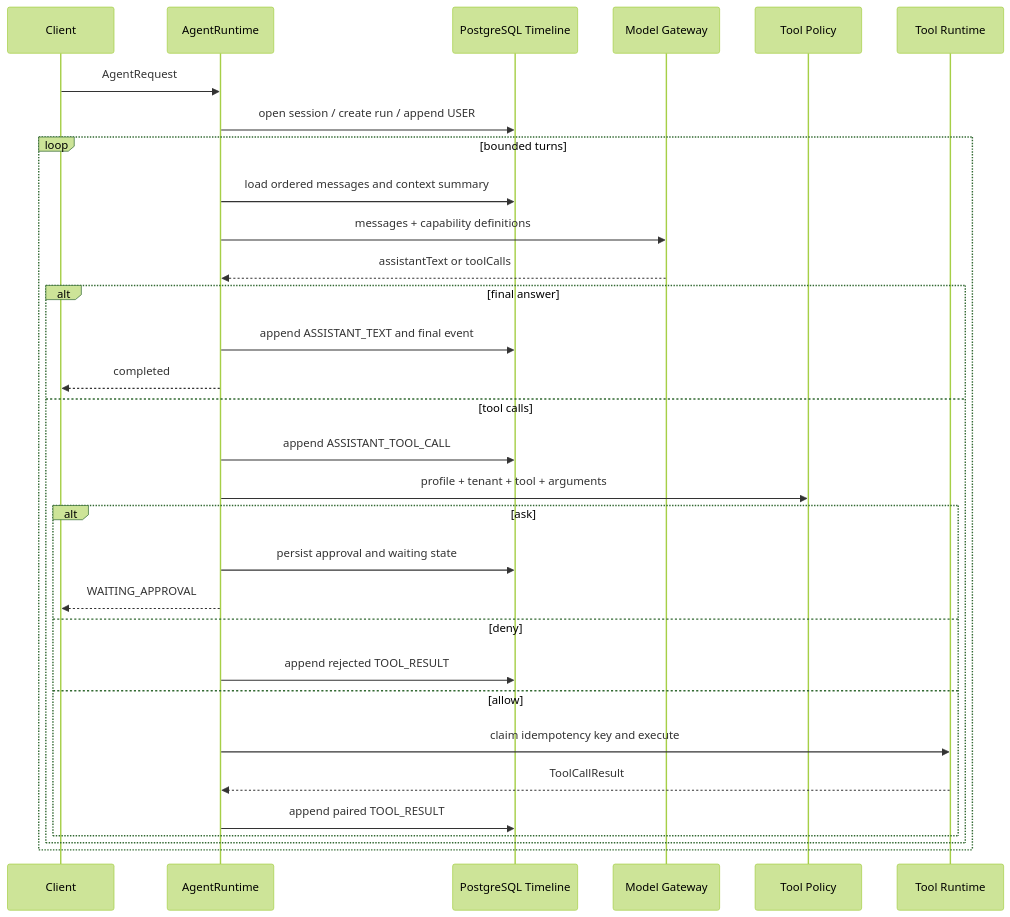
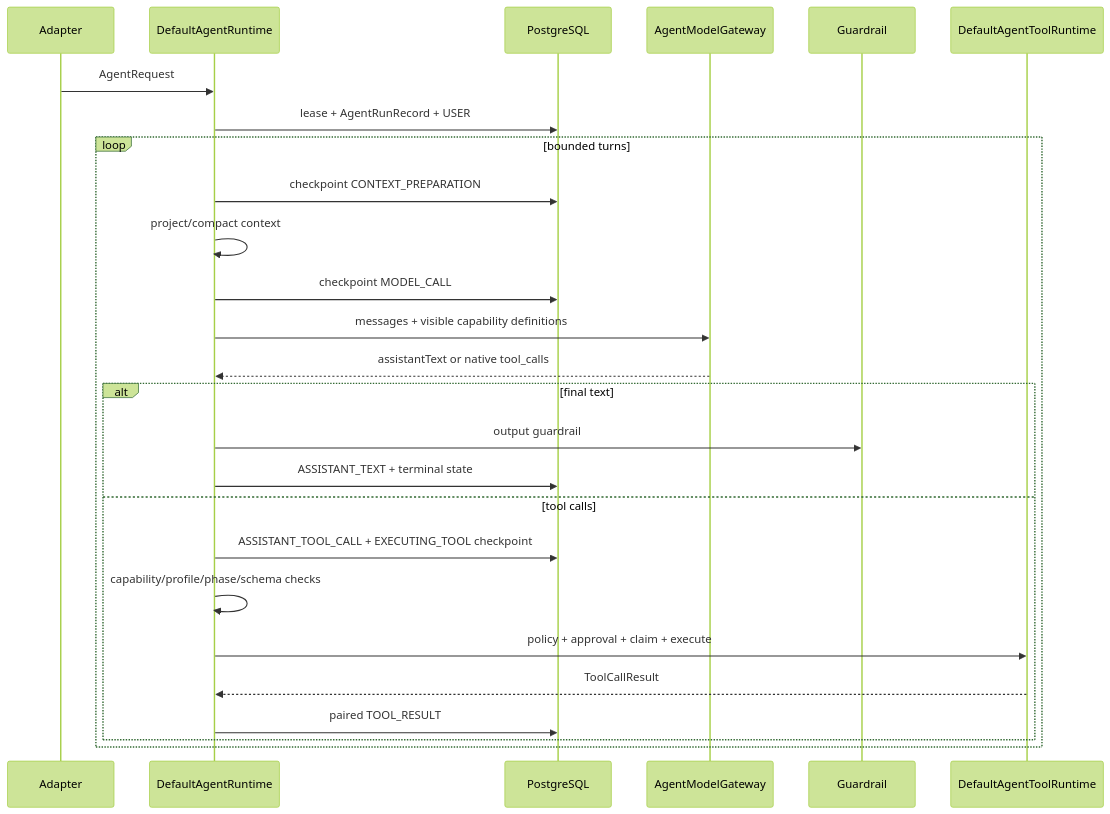
The third of 4 diagrams in docs/architecture.md (KunShengWang/enterprise-agent), drawn with Mermaid (forest theme) before and after one commit. The commit also changed other lines of this file and 17 other files, not shown here.

````diff
--- a/docs/architecture.md
+++ b/docs/architecture.md
@@ -35,34 +100,29 @@
 ```mermaid
 sequenceDiagram
-    participant C as Client
-    participant R as AgentRuntime
-    participant DB as PostgreSQL Timeline
-    participant M as Model Gateway
-    participant P as Tool Policy
-    participant T as Tool Runtime
+    participant C as Adapter
+    participant R as DefaultAgentRuntime
+    participant DB as PostgreSQL
+    participant M as AgentModelGateway
+    participant G as Guardrail
+    participant T as DefaultAgentToolRuntime
 
     C->>R: AgentRequest
-    R->>DB: open session / create run / append USER
+    R->>DB: lease + AgentRunRecord + USER
     loop bounded turns
-        R->>DB: load ordered messages and context summary
-        R->>M: messages + capability definitions
-        M-->>R: assistantText or toolCalls
-        alt final answer
-            R->>DB: append ASSISTANT_TEXT and final event
-            R-->>C: completed
+        R->>DB: checkpoint CONTEXT_PREPARATION
+        R->>R: project/compact context
+        R->>DB: checkpoint MODEL_CALL
+        R->>M: messages + visible capability definitions
+        M-->>R: assistantText or native tool_calls
+        alt final text
+            R->>G: output guardrail
+            R->>DB: ASSISTANT_TEXT + terminal state
         else tool calls
-            R->>DB: append ASSISTANT_TOOL_CALL
-            R->>P: profile + tenant + tool + arguments
-            alt ask
-                R->>DB: persist approval and waiting state
-                R-->>C: WAITING_APPROVAL
-            else deny
-                R->>DB: append rejected TOOL_RESULT
-            else allow
-                R->>T: claim idempotency key and execute
-                T-->>R: ToolCallResult
-                R->>DB: append paired TOOL_RESULT
-            end
+            R->>DB: ASSISTANT_TOOL_CALL + EXECUTING_TOOL checkpoint
+            R->>R: capability/profile/phase/schema checks
+            R->>T: policy + approval + claim + execute
+            T-->>R: ToolCallResult
+            R->>DB: paired TOOL_RESULT
         end
     end
 ```
````
